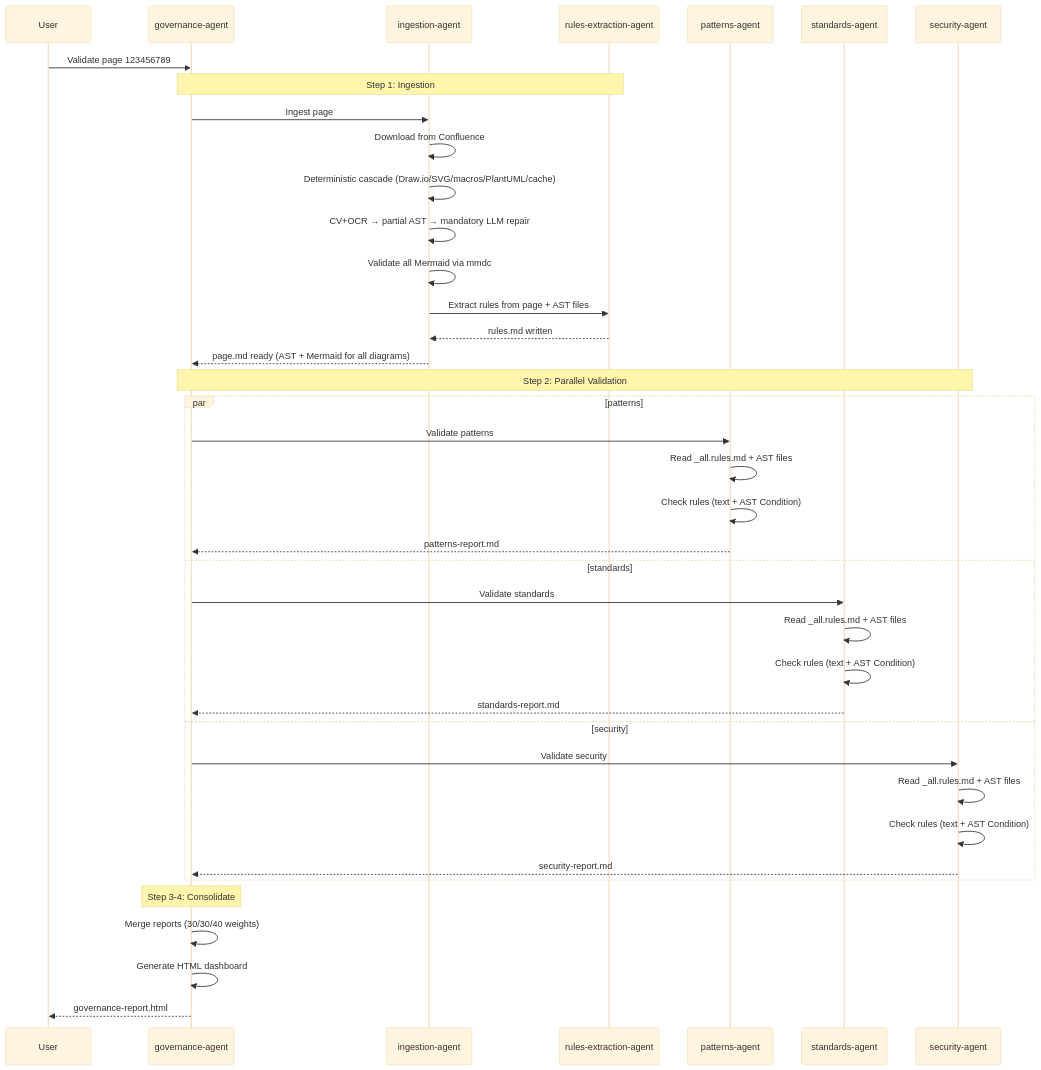
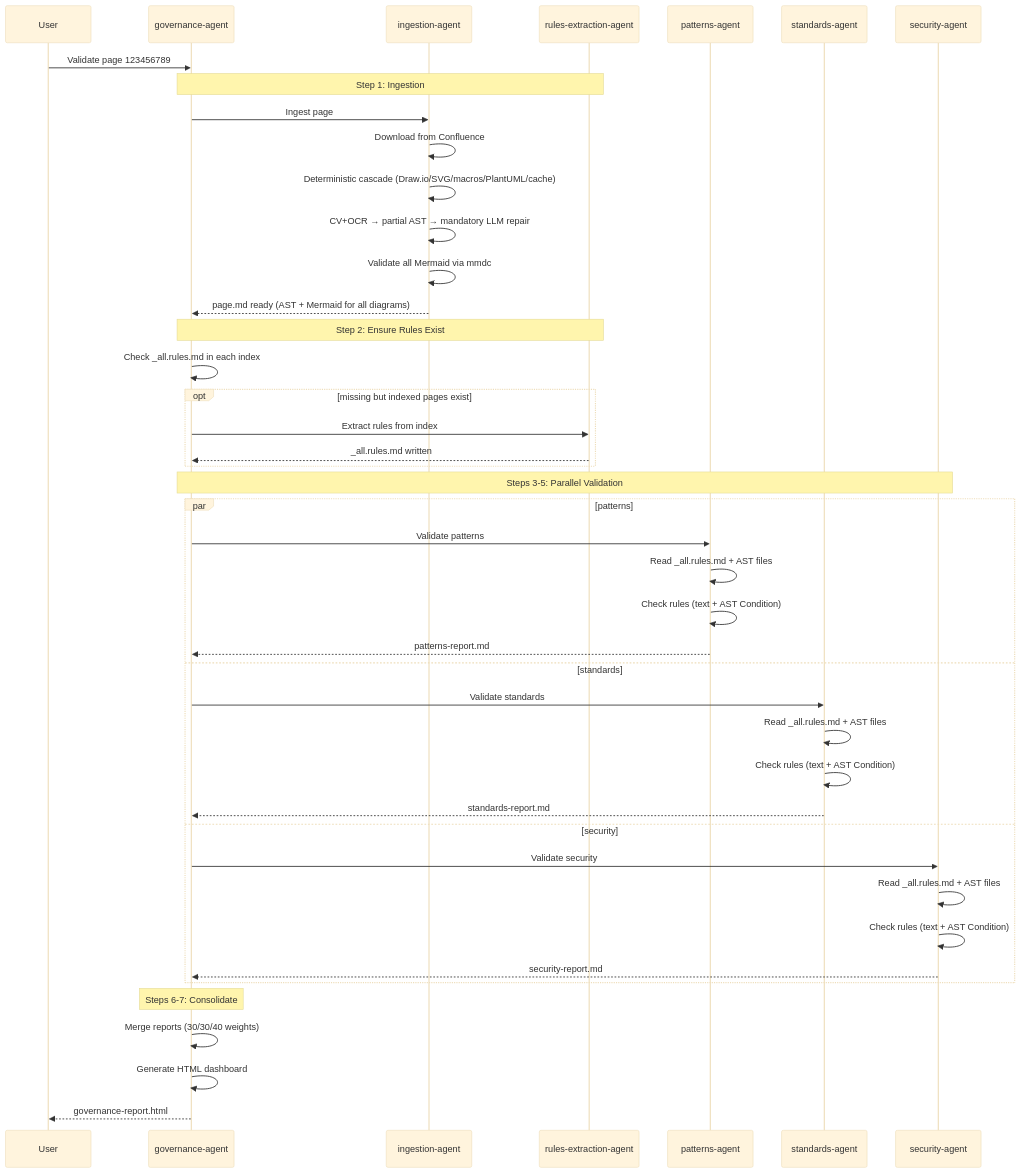
Before and after one commit to byrash/architecture-governance: the fourth of 5 diagrams in README.md, drawn with Mermaid (base theme). The commit also changed other lines of this file and 6 other files, not shown here.

````diff
--- a/README.md
+++ b/README.md
@@ -297,45 +336,50 @@
 ```mermaid
 sequenceDiagram
     participant User
     participant GA as governance-agent
     participant IA as ingestion-agent
     participant REA as rules-extraction-agent
     participant PA as patterns-agent
     participant SA as standards-agent
     participant SEA as security-agent
 
     User->>GA: Validate page 123456789
     
     Note over GA,REA: Step 1: Ingestion
     GA->>IA: Ingest page
     IA->>IA: Download from Confluence
     IA->>IA: Deterministic cascade (Draw.io/SVG/macros/PlantUML/cache)
     IA->>IA: CV+OCR → partial AST → mandatory LLM repair
     IA->>IA: Validate all Mermaid via mmdc
-    IA->>REA: Extract rules from page + AST files
-    REA-->>IA: rules.md written
     IA-->>GA: page.md ready (AST + Mermaid for all diagrams)
 
-    Note over GA,SEA: Step 2: Parallel Validation
+    Note over GA,REA: Step 2: Ensure Rules Exist
+    GA->>GA: Check _all.rules.md in each index
+    opt missing but indexed pages exist
+        GA->>REA: Extract rules from index
+        REA-->>GA: _all.rules.md written
+    end
+
+    Note over GA,SEA: Steps 3-5: Parallel Validation
     par patterns
         GA->>PA: Validate patterns
         PA->>PA: Read _all.rules.md + AST files
         PA->>PA: Check rules (text + AST Condition)
         PA-->>GA: patterns-report.md
     and standards
         GA->>SA: Validate standards
         SA->>SA: Read _all.rules.md + AST files
         SA->>SA: Check rules (text + AST Condition)
         SA-->>GA: standards-report.md
     and security
         GA->>SEA: Validate security
         SEA->>SEA: Read _all.rules.md + AST files
         SEA->>SEA: Check rules (text + AST Condition)
         SEA-->>GA: security-report.md
     end
 
-    Note over GA: Step 3-4: Consolidate
+    Note over GA: Steps 6-7: Consolidate
     GA->>GA: Merge reports (30/30/40 weights)
     GA->>GA: Generate HTML dashboard
     GA-->>User: governance-report.html
 ```
````
